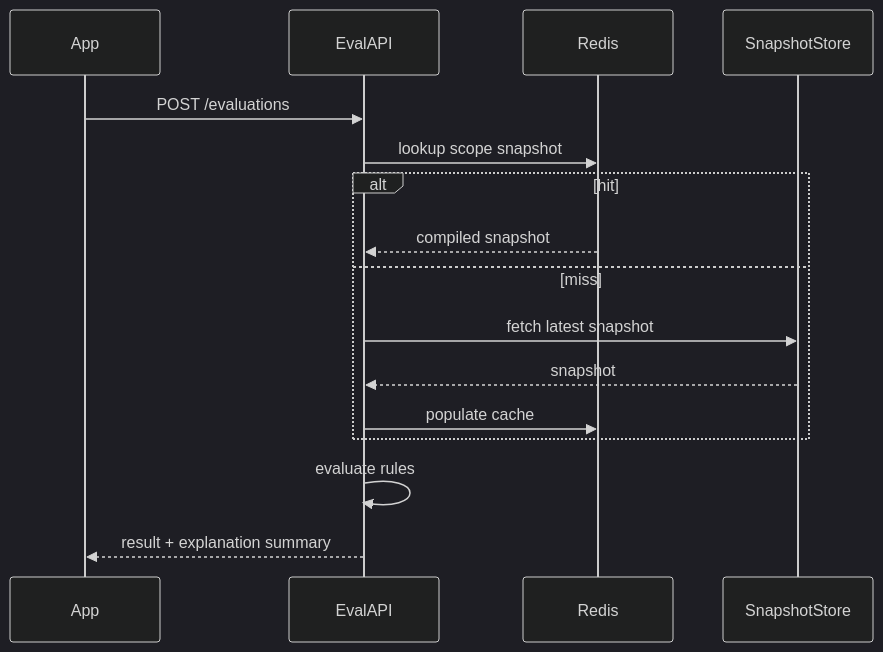
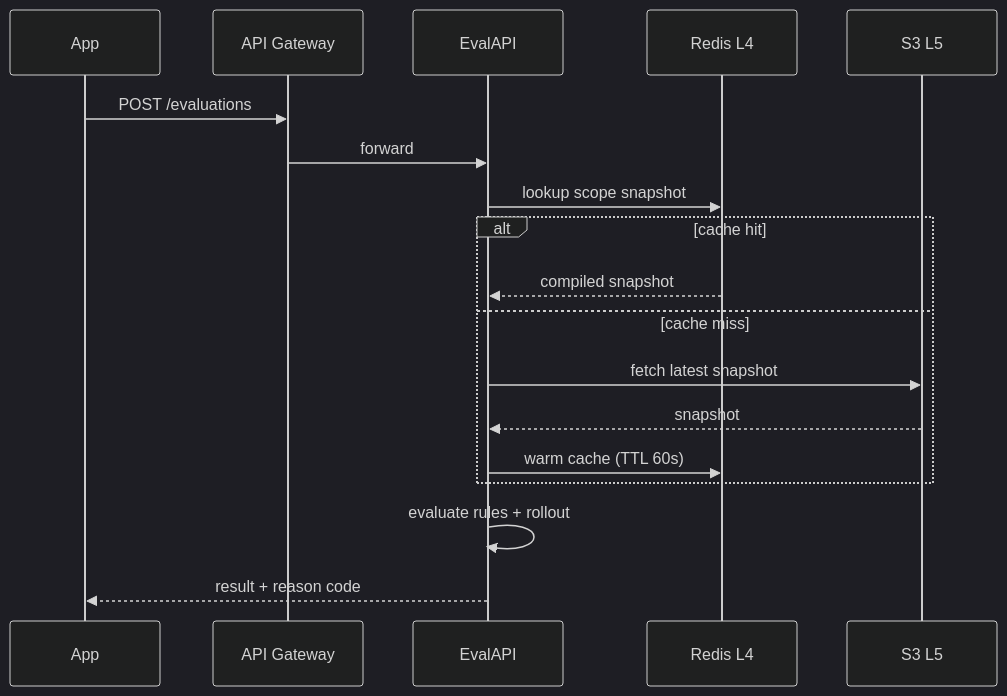
One commit to ikukei/interview-question-202605 changed the third of 3 diagrams in feature-management-service-architecture.md. Above: the diagram before and after it, drawn with Mermaid (dark theme). The commit also changed other lines of this file and 10 other files, not shown here.

Commit message:
update architecture， submit chinese design， chinese architecture, english ppt

````diff
--- a/feature-management-service-architecture.md
+++ b/feature-management-service-architecture.md
@@ -339,19 +480,21 @@
 ```mermaid
 sequenceDiagram
     participant App
+    participant GW as API Gateway
     participant EvalAPI
-    participant Redis
-    participant SnapshotStore
+    participant L4Cache as Redis L4
+    participant L5Store as S3 L5
 
-    App->>EvalAPI: POST /evaluations
-    EvalAPI->>Redis: lookup scope snapshot
-    alt hit
-        Redis-->>EvalAPI: compiled snapshot
-    else miss
-        EvalAPI->>SnapshotStore: fetch latest snapshot
-        SnapshotStore-->>EvalAPI: snapshot
-        EvalAPI->>Redis: populate cache
+    App->>GW: POST /evaluations
+    GW->>EvalAPI: forward
+    EvalAPI->>L4Cache: lookup scope snapshot
+    alt cache hit
+        L4Cache-->>EvalAPI: compiled snapshot
+    else cache miss
+        EvalAPI->>L5Store: fetch latest snapshot
+        L5Store-->>EvalAPI: snapshot
+        EvalAPI->>L4Cache: warm cache (TTL 60s)
     end
-    EvalAPI->>EvalAPI: evaluate rules
-    EvalAPI-->>App: result + explanation summary
+    EvalAPI->>EvalAPI: evaluate rules + rollout
+    EvalAPI-->>App: result + reason code
 ```
````
